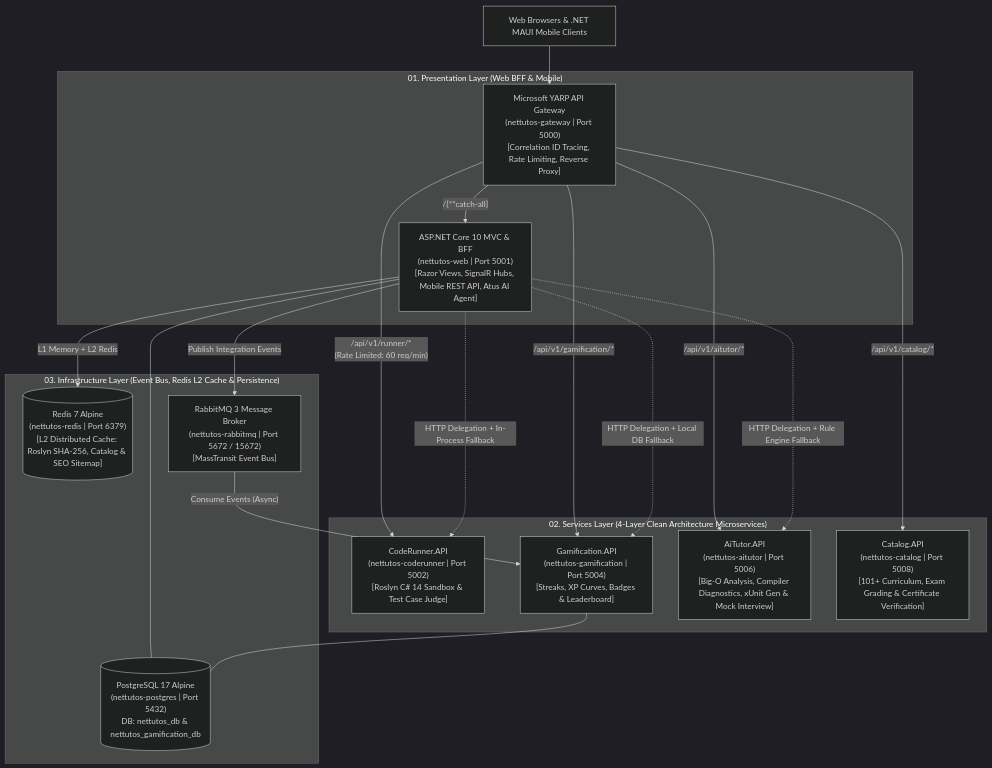
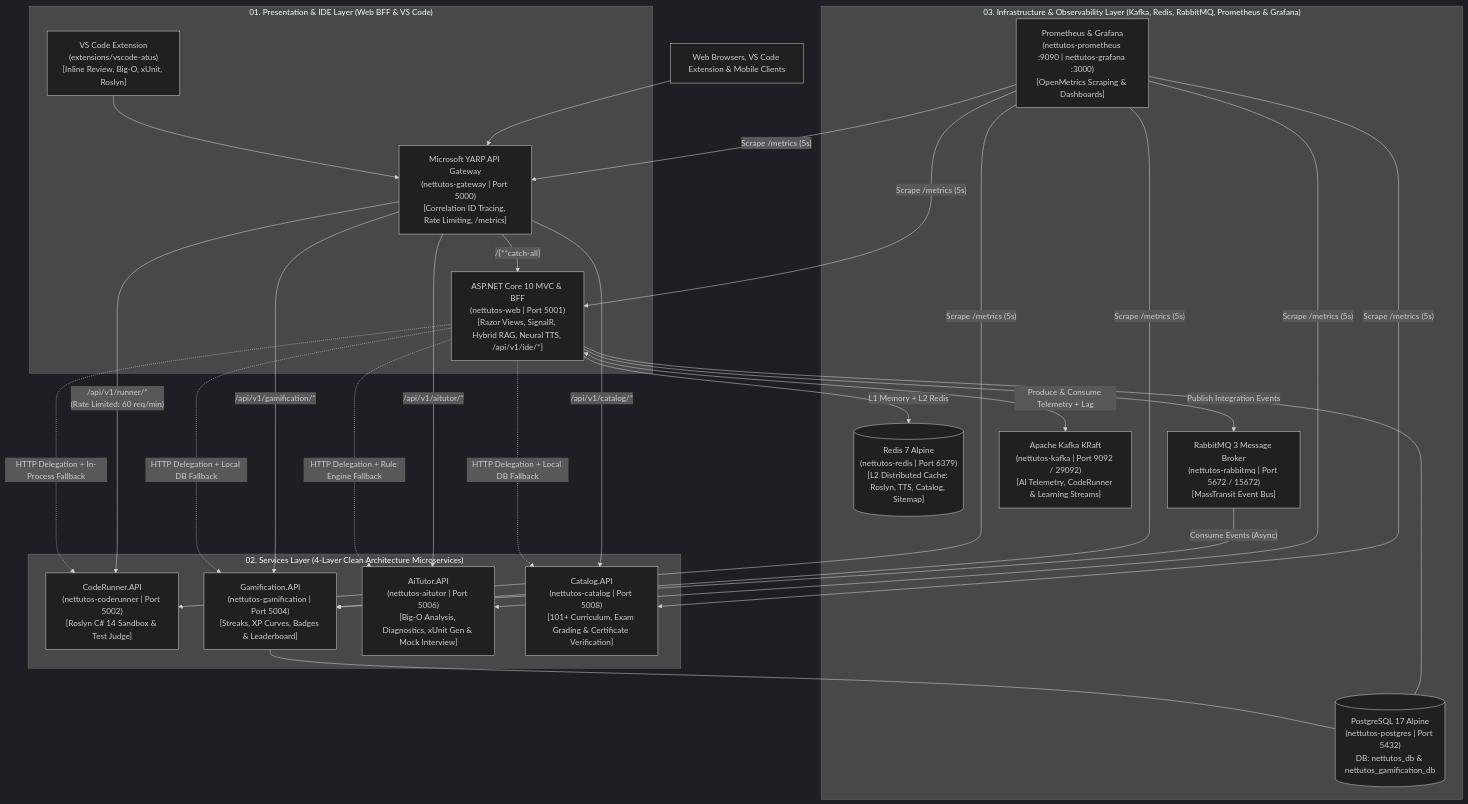
One commit to KaitoDeus/NET-Tutos changed the diagram in README.md. Above: the diagram before and after it, drawn with Mermaid (dark theme). The commit also changed other lines of this file and 7 other files, not shown here.

````diff
--- a/README.md
+++ b/README.md
@@ -47,31 +50,42 @@
 ```mermaid
 flowchart TD
-    Clients["Web Browsers & .NET MAUI Mobile Clients"] --> YARP["Microsoft YARP API Gateway\n(nettutos-gateway | Port 5000)\n[Correlation ID Tracing, Rate Limiting, Reverse Proxy]"]
+    Clients["Web Browsers, VS Code Extension & Mobile Clients"] --> YARP["Microsoft YARP API Gateway\n(nettutos-gateway | Port 5000)\n[Correlation ID Tracing, Rate Limiting, /metrics]"]
 
-    subgraph Presentation_Layer["01. Presentation Layer (Web BFF & Mobile)"]
-        YARP -- "/{**catch-all}" --> WebBFF["ASP.NET Core 10 MVC & BFF\n(nettutos-web | Port 5001)\n[Razor Views, SignalR Hubs, Mobile REST API, Atus AI Agent]"]
+    subgraph Presentation_Layer["01. Presentation & IDE Layer (Web BFF & VS Code)"]
+        YARP -- "/{**catch-all}" --> WebBFF["ASP.NET Core 10 MVC & BFF\n(nettutos-web | Port 5001)\n[Razor Views, SignalR, Hybrid RAG, Neural TTS, /api/v1/ide/*]"]
+        VsCode["VS Code Extension\n(extensions/vscode-atus)\n[Inline Review, Big-O, xUnit, Roslyn]"] --> YARP
     end
 
     subgraph Services_Layer["02. Services Layer (4-Layer Clean Architecture Microservices)"]
-        YARP -- "/api/v1/runner/*\n(Rate Limited: 60 req/min)" --> CodeRunner["CodeRunner.API\n(nettutos-coderunner | Port 5002)\n[Roslyn C# 14 Sandbox & Test Case Judge]"]
+        YARP -- "/api/v1/runner/*\n(Rate Limited: 60 req/min)" --> CodeRunner["CodeRunner.API\n(nettutos-coderunner | Port 5002)\n[Roslyn C# 14 Sandbox & Test Judge]"]
         YARP -- "/api/v1/gamification/*" --> Gamification["Gamification.API\n(nettutos-gamification | Port 5004)\n[Streaks, XP Curves, Badges & Leaderboard]"]
-        YARP -- "/api/v1/aitutor/*" --> AiTutor["AiTutor.API\n(nettutos-aitutor | Port 5006)\n[Big-O Analysis, Compiler Diagnostics, xUnit Gen & Mock Interview]"]
+        YARP -- "/api/v1/aitutor/*" --> AiTutor["AiTutor.API\n(nettutos-aitutor | Port 5006)\n[Big-O Analysis, Diagnostics, xUnit Gen & Mock Interview]"]
         YARP -- "/api/v1/catalog/*" --> Catalog["Catalog.API\n(nettutos-catalog | Port 5008)\n[101+ Curriculum, Exam Grading & Certificate Verification]"]
 
         WebBFF -. "HTTP Delegation + In-Process Fallback" .-> CodeRunner
         WebBFF -. "HTTP Delegation + Local DB Fallback" .-> Gamification
         WebBFF -. "HTTP Delegation + Rule Engine Fallback" .-> AiTutor
+        WebBFF -. "HTTP Delegation + Local DB Fallback" .-> Catalog
     end
 
-    subgraph Infrastructure_Layer["03. Infrastructure Layer (Event Bus, Redis L2 Cache & Persistence)"]
-        RedisCache[("Redis 7 Alpine\n(nettutos-redis | Port 6379)\n[L2 Distributed Cache: Roslyn SHA-256, Catalog & SEO Sitemap]")]
+    subgraph Infrastructure_Layer["03. Infrastructure & Observability Layer (Kafka, Redis, RabbitMQ, Prometheus & Grafana)"]
+        RedisCache[("Redis 7 Alpine\n(nettutos-redis | Port 6379)\n[L2 Distributed Cache: Roslyn, TTS, Catalog, Sitemap]")]
         RabbitMQ["RabbitMQ 3 Message Broker\n(nettutos-rabbitmq | Port 5672 / 15672)\n[MassTransit Event Bus]"]
+        Kafka["Apache Kafka KRaft\n(nettutos-kafka | Port 9092 / 29092)\n[AI Telemetry, CodeRunner & Learning Streams]"]
         PostgresMain[("PostgreSQL 17 Alpine\n(nettutos-postgres | Port 5432)\nDB: nettutos_db & nettutos_gamification_db")]
+        Prometheus["Prometheus & Grafana\n(nettutos-prometheus :9090 | nettutos-grafana :3000)\n[OpenMetrics Scraping & Dashboards]"]
 
         WebBFF -- "L1 Memory + L2 Redis" --> RedisCache
         WebBFF -- "Publish Integration Events" --> RabbitMQ
         RabbitMQ -- "Consume Events (Async)" --> Gamification
+        WebBFF <-- "Produce & Consume Telemetry + Lag" --> Kafka
         WebBFF --- PostgresMain
         Gamification --- PostgresMain
+        Prometheus -- "Scrape /metrics (5s)" --> YARP
+        Prometheus -- "Scrape /metrics (5s)" --> WebBFF
+        Prometheus -- "Scrape /metrics (5s)" --> CodeRunner
+        Prometheus -- "Scrape /metrics (5s)" --> Gamification
+        Prometheus -- "Scrape /metrics (5s)" --> AiTutor
+        Prometheus -- "Scrape /metrics (5s)" --> Catalog
     end
 ```
````
